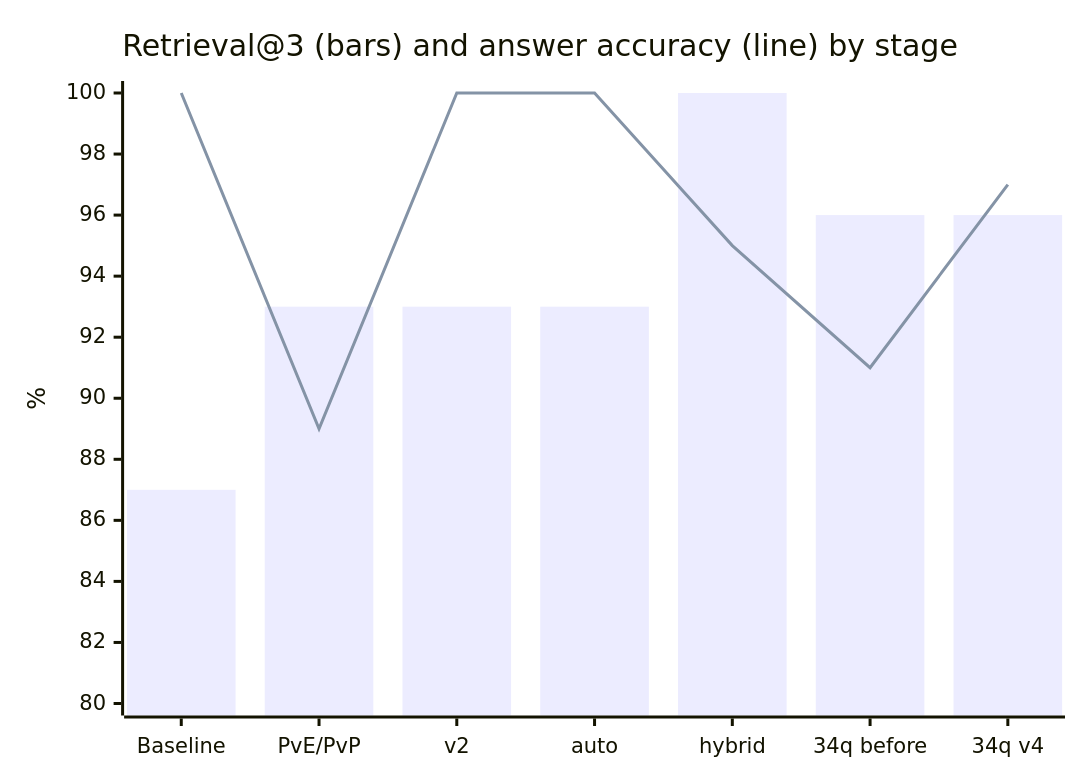
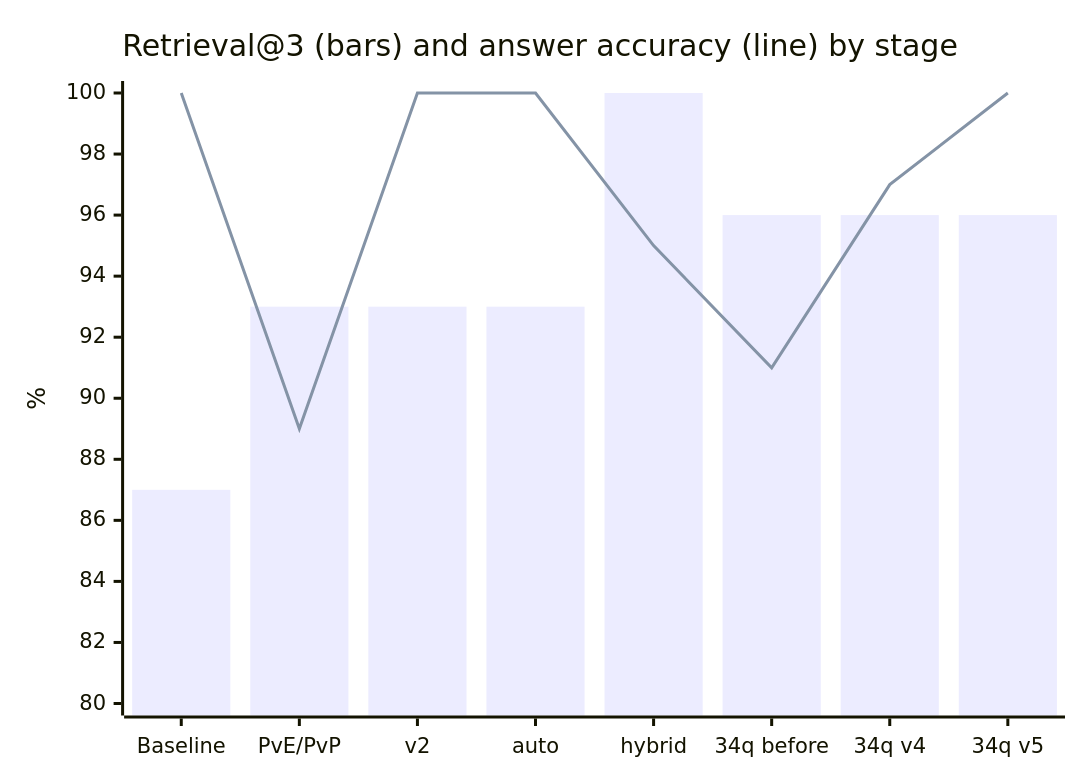
The diagram in README.en.md (ysk-rk/ff14-patch-qa), drawn with Mermaid before and after one commit. The commit also changed other lines of this file and 1 other file, not shown here.

````diff
--- a/README.en.md
+++ b/README.en.md
@@ -45,8 +46,8 @@
 ```mermaid
 xychart-beta
     title "Retrieval@3 (bars) and answer accuracy (line) by stage"
-    x-axis ["Baseline", "PvE/PvP", "v2", "auto", "hybrid", "34q before", "34q v4"]
+    x-axis ["Baseline", "PvE/PvP", "v2", "auto", "hybrid", "34q before", "34q v4", "34q v5"]
     y-axis "%" 80 --> 100
-    bar [87, 93, 93, 93, 100, 96, 96]
-    line [100, 89, 100, 100, 95, 91, 97]
+    bar [87, 93, 93, 93, 100, 96, 96, 96]
+    line [100, 89, 100, 100, 95, 91, 97, 100]
 ```
````
